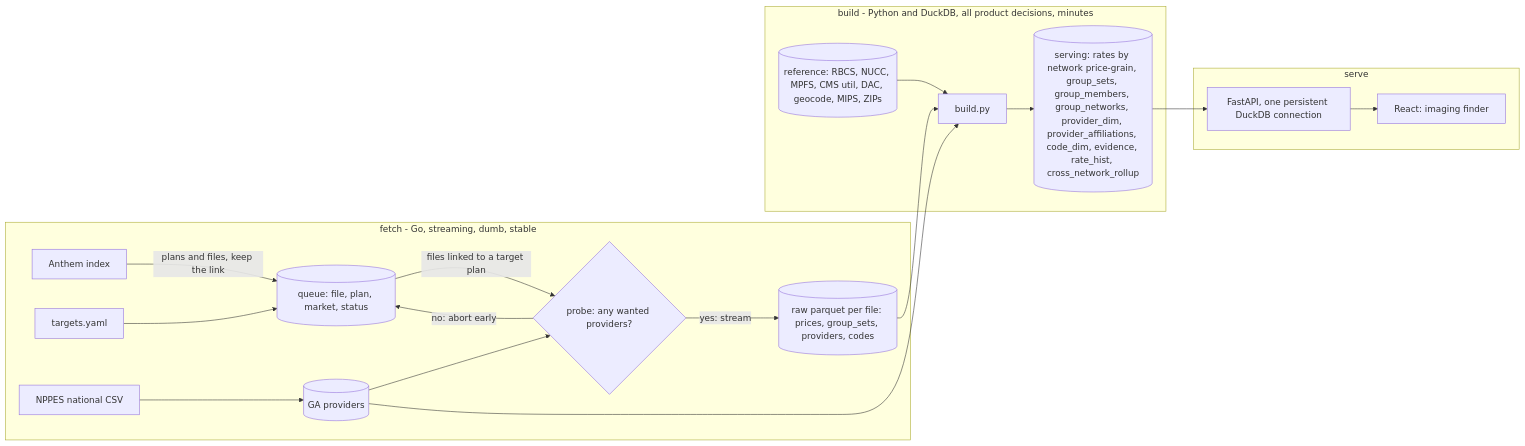
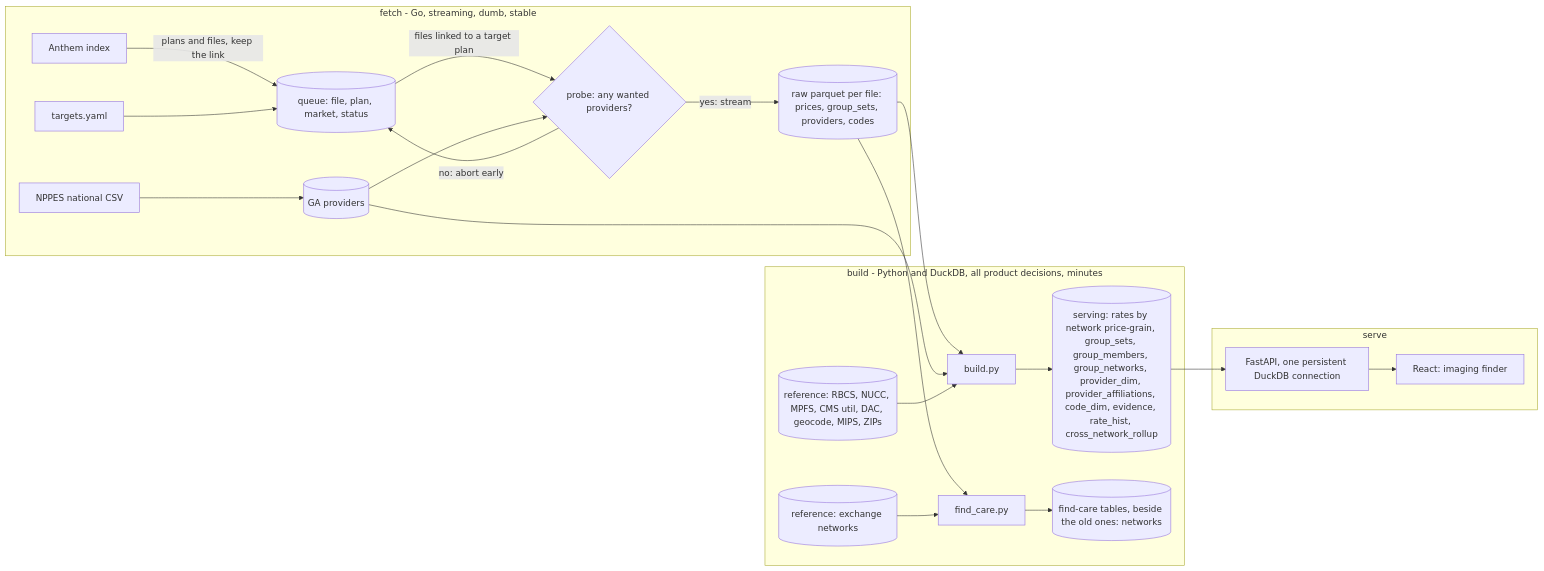
Before and after one commit to wmespi/honest-healthcare: the first of 3 diagrams in docs/architecture.md, drawn with Mermaid. The commit also changed 7 other files, not shown here.

First line of the commit message:
feat(build): the find-care networks table and its key checks (#135)

````diff
--- a/docs/architecture.md
+++ b/docs/architecture.md
@@ -33,22 +33,25 @@
 ```mermaid
 flowchart LR
   subgraph fetch [fetch - Go, streaming, dumb, stable]
     IDX[Anthem index] -->|"plans and files, keep the link"| Q[(queue: file, plan, market, status)]
     TGT[targets.yaml] --> Q
     Q -->|"files linked to a target plan"| PROBE{"probe: any wanted providers?"}
     PROBE -->|"no: abort early"| Q
     PROBE -->|"yes: stream"| RAW[(raw parquet per file: prices, group_sets, providers, codes)]
     NPPES[NPPES national CSV] --> GA[(GA providers)]
     GA --> PROBE
   end
   subgraph build [build - Python and DuckDB, all product decisions, minutes]
     RAW --> B[build.py]
     GA --> B
     REF[(reference: RBCS, NUCC, MPFS, CMS util, DAC, geocode, MIPS, ZIPs)] --> B
     B --> SRV[(serving: rates by network price-grain, group_sets, group_members, group_networks, provider_dim, provider_affiliations, code_dim, evidence, rate_hist, cross_network_rollup)]
+    RAW --> FC[find_care.py]
+    XNET[(reference: exchange networks)] --> FC
+    FC --> FCT[("find-care tables, beside the old ones: networks")]
   end
   subgraph serve [serve]
     SRV --> API[FastAPI, one persistent DuckDB connection]
     API --> WEB[React: imaging finder]
   end
 ```
````
